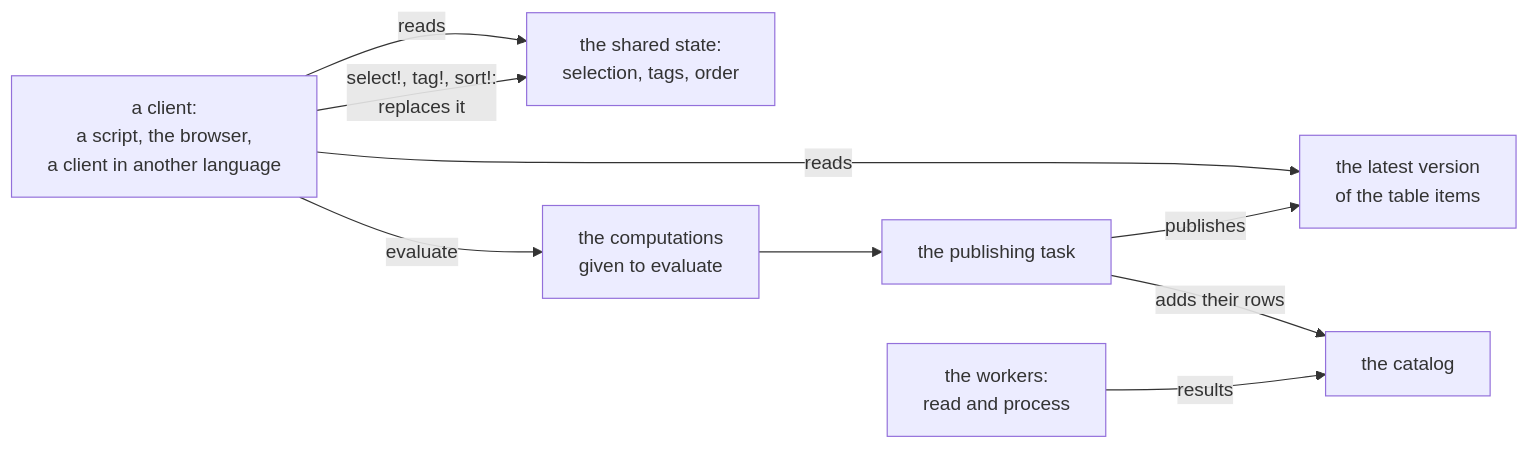
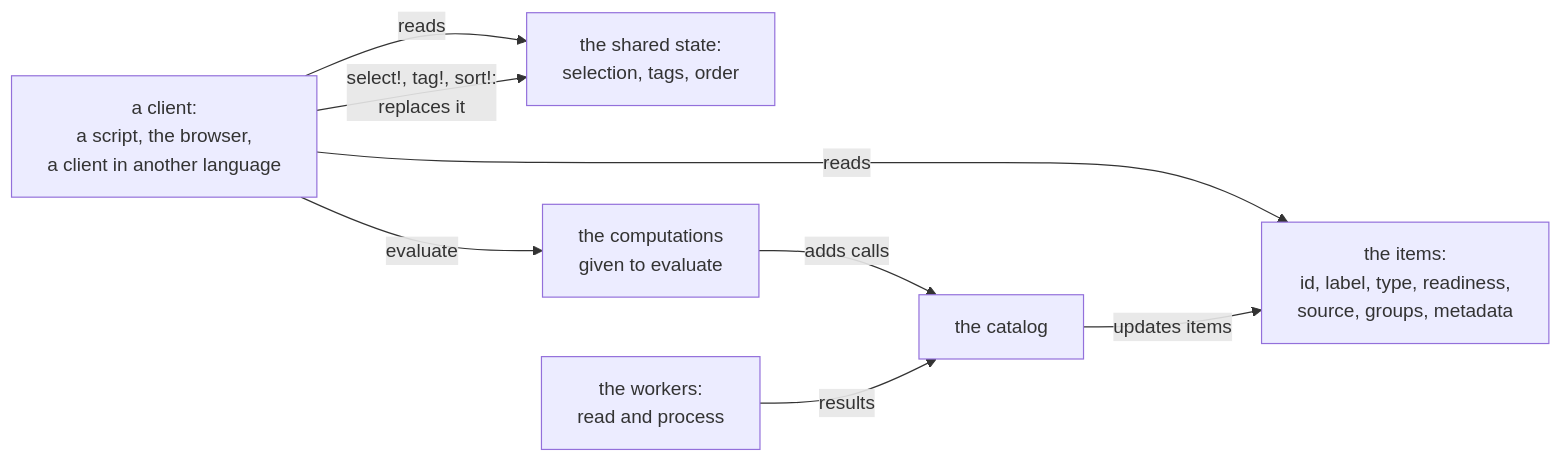
Before and after one commit to digiefel/DataBrowser: the first of 3 diagrams in docs/plans/client-api.md, drawn with Mermaid. The commit also changed other lines of this file and 2 other files, not shown here.

Commit message:
Describe select and sort! in terms of items instead of rows, and the live code editor in the vision

````diff
--- a/docs/plans/client-api.md
+++ b/docs/plans/client-api.md
@@ -30,18 +29,16 @@
 ```mermaid
 flowchart LR
     client["a client:<br/>a script, the browser,<br/>a client in another language"]
-    table["the latest version<br/>of the table items"]
+    items["the items:<br/>id, label, type, readiness,<br/>source, groups, metadata"]
     shared["the shared state:<br/>selection, tags, order"]
     queue["the computations<br/>given to evaluate"]
-    task["the publishing task"]
     catalog["the catalog"]
     workers["the workers:<br/>read and process"]
-    client -- "reads" --> table
+    client -- "reads" --> items
     client -- "reads" --> shared
     client -- "select!, tag!, sort!:<br/>replaces it" --> shared
     client -- "evaluate" --> queue
-    queue --> task
-    task -- "adds their rows" --> catalog
+    queue -- "adds calls" --> catalog
     workers -- "results" --> catalog
-    task -- "publishes" --> table
+    catalog -- "updates items" --> items
 ```
````
